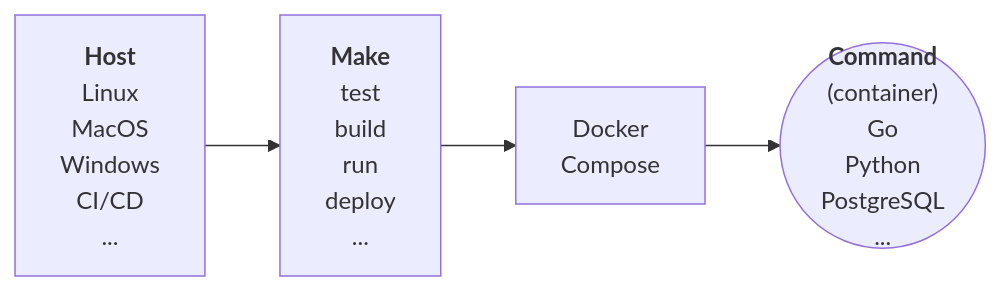
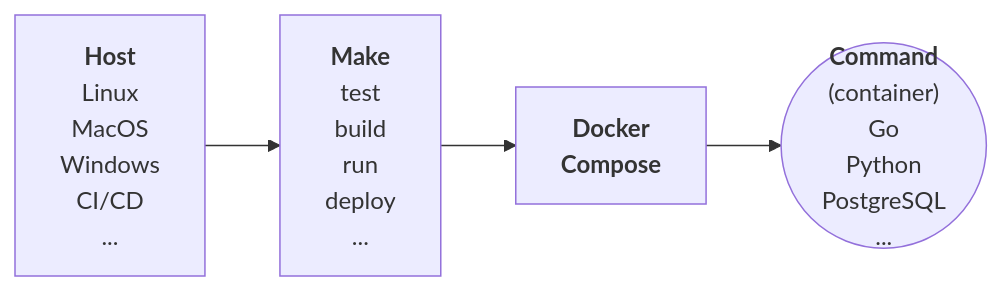
The diagram in diagrams/overview.mmd (flemay/3musketeers), drawn with Mermaid before and after one commit. The commit also changed 4 other files, not shown here.

Commit message:
Fix: README to use SVG instead of markdown mermaid (#66)

```diff
--- a/diagrams/overview.mmd
+++ b/diagrams/overview.mmd
@@ -1,23 +1,23 @@
 graph LR
     host["`**Host**
     Linux
     MacOS
     Windows
     CI/CD
     ...`"]
     make["`**Make**
     test
     build
     run
     deploy
     ...`"]
     host-->make
-    make-->docker[Docker
-    Compose]
+    make-->docker["`**Docker**
+    **Compose**`"]
     container(("`**Command**
     &emsp;&emsp;(container)&emsp;&emsp;
     Go
     Python
     PostgreSQL
     ...`"))
     docker-->container
```
